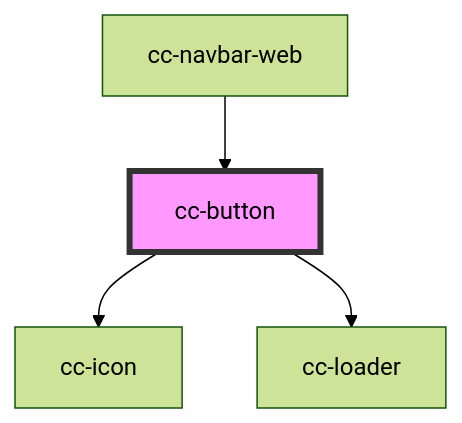
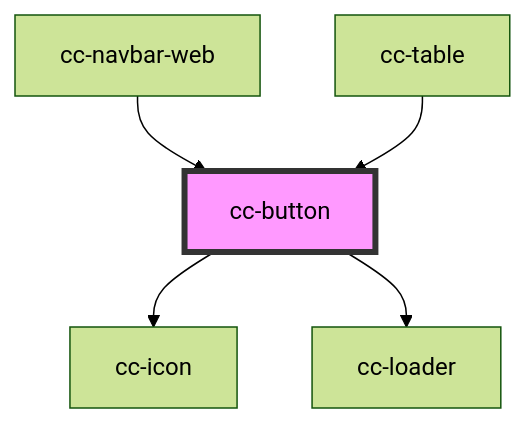
Before and after one commit to lacafetalab/cafeta-components: the diagram in packages/core/src/components/cc-button/readme.md, drawn with Mermaid (forest theme). The commit also changed other lines of this file and 6 other files, not shown here.

````diff
--- a/packages/core/src/components/cc-button/readme.md
+++ b/packages/core/src/components/cc-button/readme.md
@@ -37,7 +38,8 @@
 ```mermaid
 graph TD;
   cc-button --> cc-icon
   cc-button --> cc-loader
   cc-navbar-web --> cc-button
+  cc-table --> cc-button
   style cc-button fill:#f9f,stroke:#333,stroke-width:4px
 ```
````
